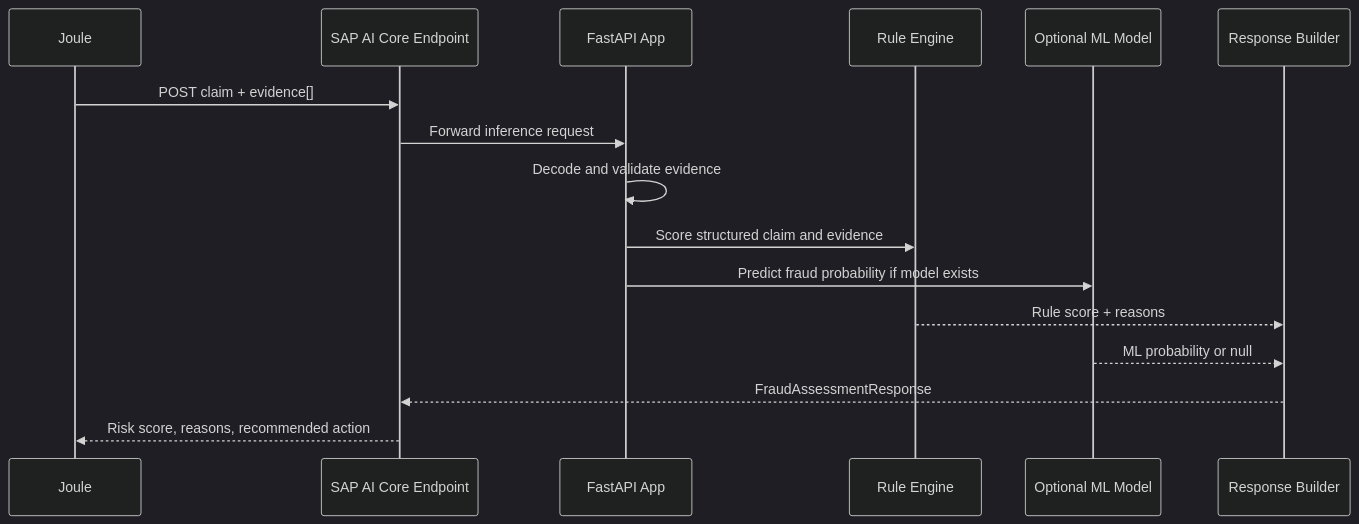
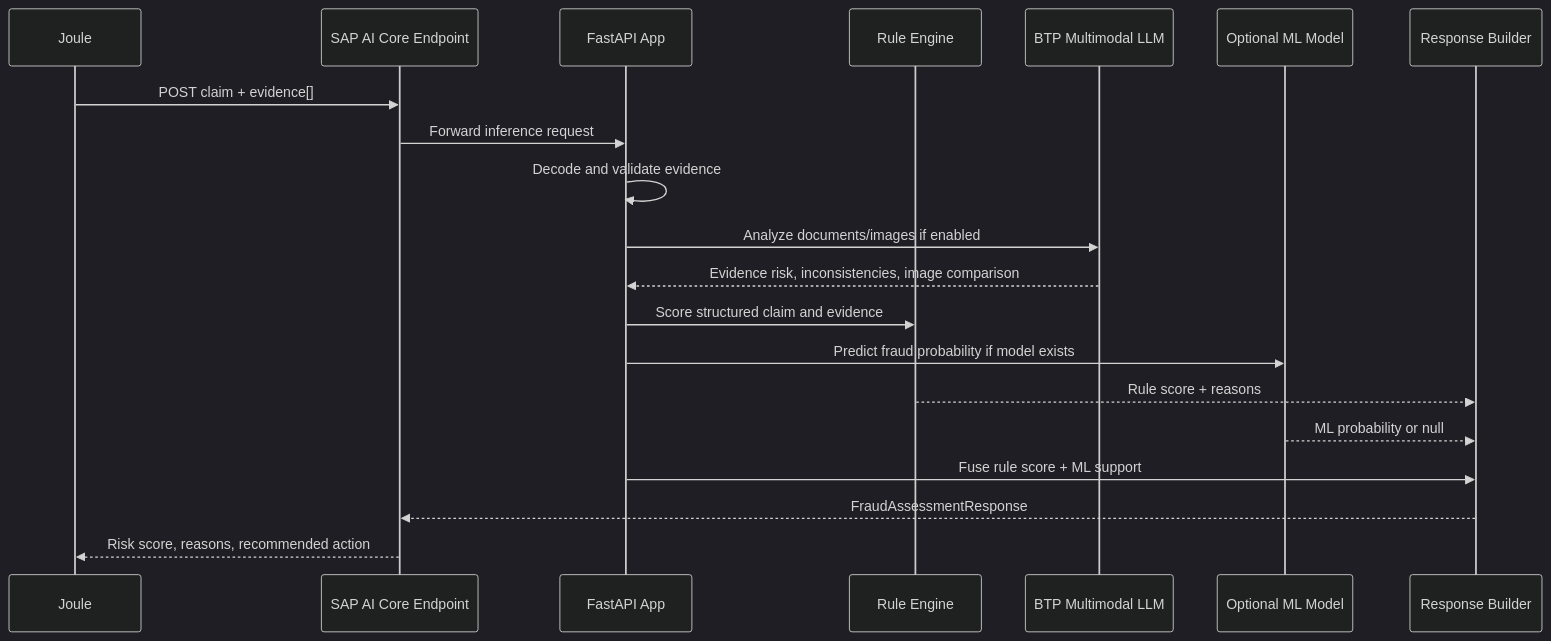
The eighth of 9 diagrams in docs/fraud-detection-development-and-scoring.md (itsmarlo/fraud-detection), drawn with Mermaid (dark theme) before and after one commit. The commit also changed other lines of this file, not shown here.

````diff
--- a/docs/fraud-detection-development-and-scoring.md
+++ b/docs/fraud-detection-development-and-scoring.md
@@ -514,19 +533,23 @@
 ```mermaid
 sequenceDiagram
     participant Joule
     participant AICore as SAP AI Core Endpoint
     participant API as FastAPI App
     participant Rules as Rule Engine
+    participant LLM as BTP Multimodal LLM
     participant ML as Optional ML Model
     participant Resp as Response Builder
 
     Joule->>AICore: POST claim + evidence[]
     AICore->>API: Forward inference request
     API->>API: Decode and validate evidence
+    API->>LLM: Analyze documents/images if enabled
+    LLM-->>API: Evidence risk, inconsistencies, image comparison
     API->>Rules: Score structured claim and evidence
     API->>ML: Predict fraud probability if model exists
     Rules-->>Resp: Rule score + reasons
     ML-->>Resp: ML probability or null
+    API->>Resp: Fuse rule score + ML support
     Resp-->>AICore: FraudAssessmentResponse
     AICore-->>Joule: Risk score, reasons, recommended action
 ```
````
